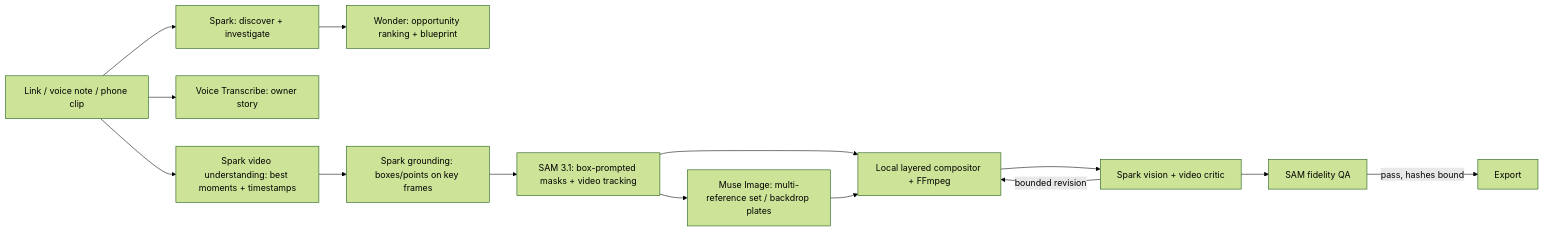
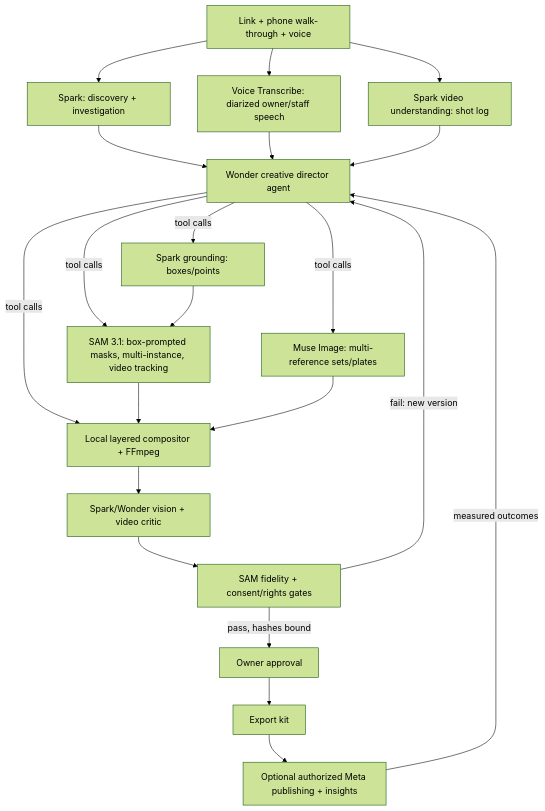
One commit to vn-envy/Tickr changed the diagram in docs/META_CAPABILITY_PLAN.md. Above: the diagram before and after it, drawn with Mermaid (forest theme). The commit also changed other lines of this file, not shown here.

First line of the commit message:
Expand Meta capability plan to ambitious, deadline-free scope

````diff
--- a/docs/META_CAPABILITY_PLAN.md
+++ b/docs/META_CAPABILITY_PLAN.md
@@ -32,16 +33,22 @@
 ```mermaid
-flowchart LR
-  L[Link / voice note / phone clip] --> S1[Spark: discover + investigate]
-  L --> VT[Voice Transcribe: owner story]
-  L --> SV[Spark video understanding: best moments + timestamps]
-  S1 --> W[Wonder: opportunity ranking + blueprint]
-  SV --> G[Spark grounding: boxes/points on key frames]
-  G --> SAM[SAM 3.1: box-prompted masks + video tracking]
-  SAM --> MI[Muse Image: multi-reference set / backdrop plates]
-  SAM --> R[Local layered compositor + FFmpeg]
-  MI --> R
-  R --> C[Spark vision + video critic]
-  C --> SQA[SAM fidelity QA]
-  SQA -->|pass, hashes bound| X[Export]
-  C -->|bounded revision| R
+flowchart TD
+  IN[Link + phone walk-through + voice] --> R[Spark: discovery + investigation]
+  IN --> VT[Voice Transcribe: diarized owner/staff speech]
+  IN --> VU[Spark video understanding: shot log]
+  R --> DIR[Wonder creative director agent]
+  VT --> DIR
+  VU --> DIR
+  DIR -->|tool calls| GR[Spark grounding: boxes/points]
+  DIR -->|tool calls| SAM[SAM 3.1: box-prompted masks, multi-instance, video tracking]
+  DIR -->|tool calls| MI[Muse Image: multi-reference sets/plates]
+  DIR -->|tool calls| RC[Local layered compositor + FFmpeg]
+  GR --> SAM
+  SAM --> RC
+  MI --> RC
+  RC --> CR[Spark/Wonder vision + video critic]
+  CR --> QA[SAM fidelity + consent/rights gates]
+  QA -->|fail: new version| DIR
+  QA -->|pass, hashes bound| OWN[Owner approval]
+  OWN --> EX[Export kit] --> PUB[Optional authorized Meta publishing + insights]
+  PUB -->|measured outcomes| DIR
 ```
````
